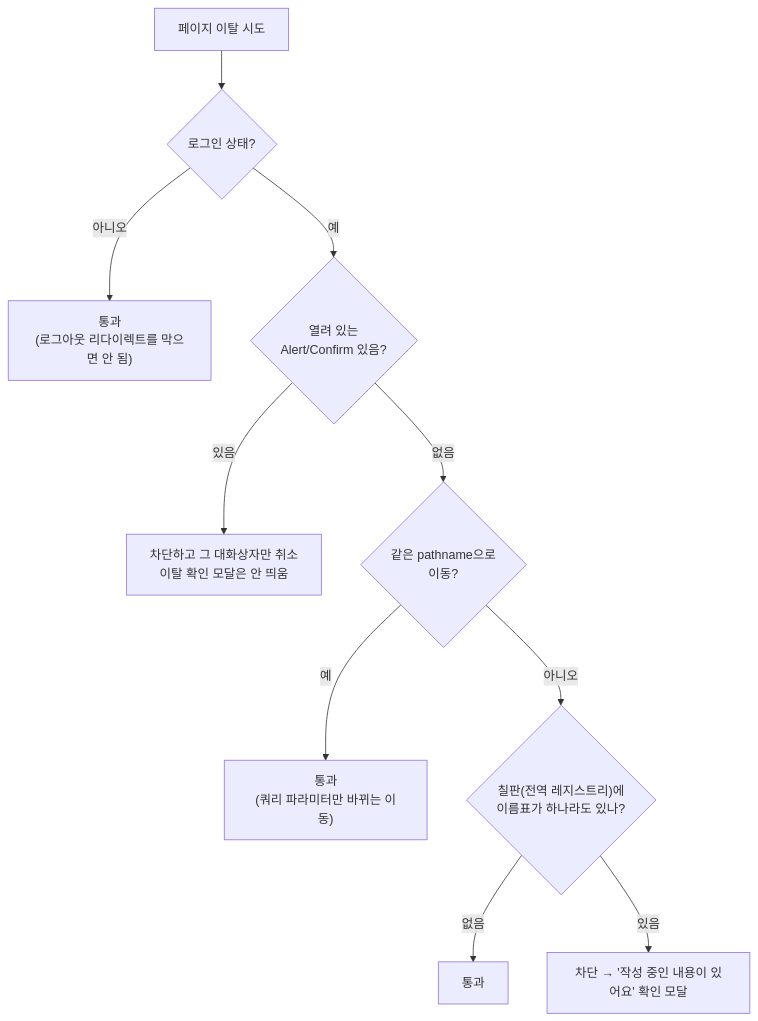
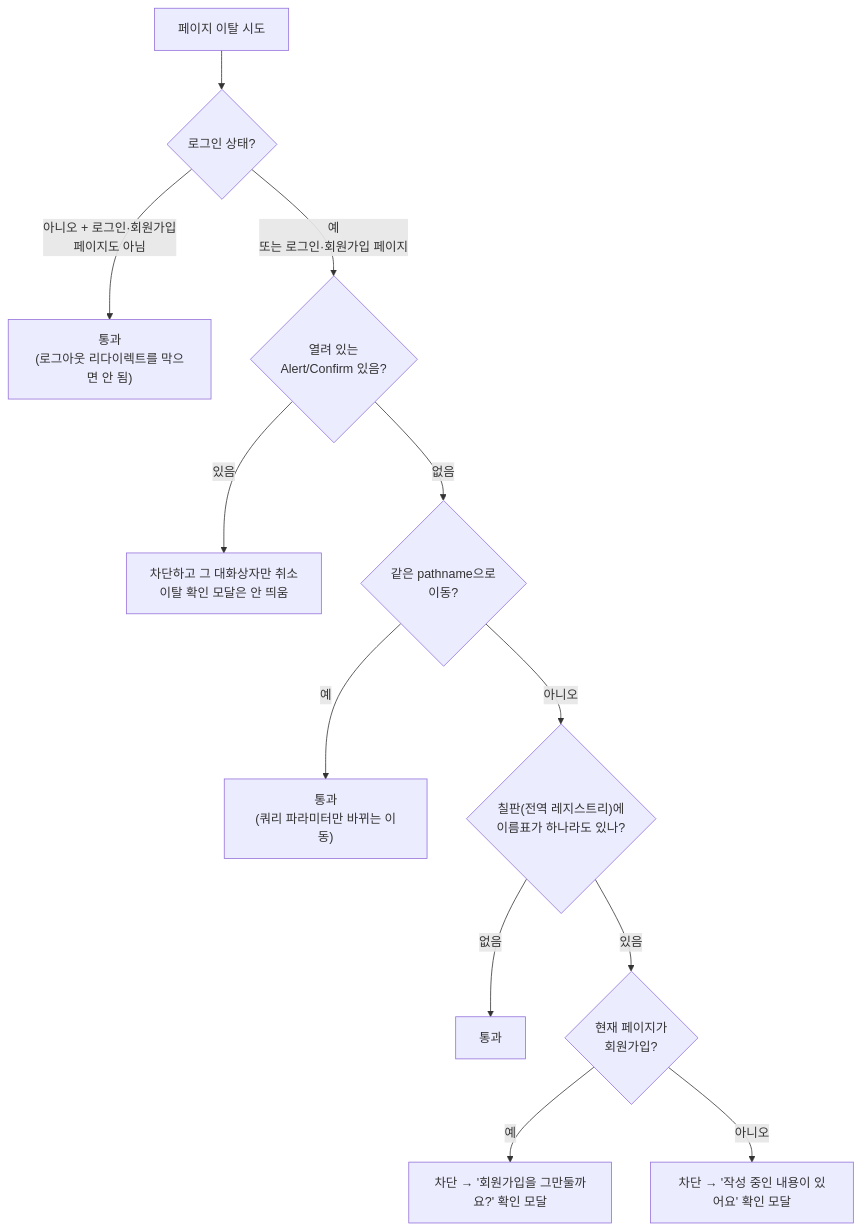
One commit to BAECHAN/link-sphere_FE_NEW changed the diagram in docs/UNSAVED-CHANGES-GUARD.md. Above: the diagram before and after it, drawn with Mermaid. The commit also changed other lines of this file and 11 other files, not shown here.

First line of the commit message:
feat(auth): 회원가입 입력 중 이탈하려 하면 한 번 확인 (#225)

````diff
--- a/docs/UNSAVED-CHANGES-GUARD.md
+++ b/docs/UNSAVED-CHANGES-GUARD.md
@@ -30,12 +30,14 @@
 ```mermaid
 flowchart TD
   Nav["페이지 이탈 시도"] --> Auth{"로그인 상태?"}
-  Auth -->|아니오| Allow1["통과<br/>(로그아웃 리다이렉트를 막으면 안 됨)"]
-  Auth -->|예| AlertOpen{"열려 있는<br/>Alert/Confirm 있음?"}
+  Auth -->|"아니오 + 로그인·회원가입<br/>페이지도 아님"| Allow1["통과<br/>(로그아웃 리다이렉트를 막으면 안 됨)"]
+  Auth -->|"예<br/>또는 로그인·회원가입 페이지"| AlertOpen{"열려 있는<br/>Alert/Confirm 있음?"}
   AlertOpen -->|있음| BlockAlert["차단하고 그 대화상자만 취소<br/>이탈 확인 모달은 안 띄움"]
   AlertOpen -->|없음| SamePath{"같은 pathname으로<br/>이동?"}
   SamePath -->|예| Allow2["통과<br/>(쿼리 파라미터만 바뀌는 이동)"]
   SamePath -->|아니오| Dirty{"칠판(전역 레지스트리)에<br/>이름표가 하나라도 있나?"}
   Dirty -->|없음| Allow3["통과"]
-  Dirty -->|있음| BlockConfirm["차단 → '작성 중인 내용이 있어요' 확인 모달"]
+  Dirty -->|있음| Page{"현재 페이지가<br/>회원가입?"}
+  Page -->|예| BlockSignup["차단 → '회원가입을 그만둘까요?' 확인 모달"]
+  Page -->|아니오| BlockConfirm["차단 → '작성 중인 내용이 있어요' 확인 모달"]
 ```
````
